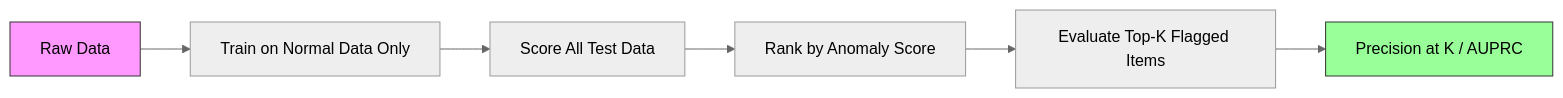
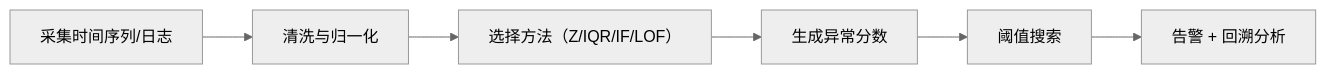
The diagram in phases/02-ml-fundamentals/16-anomaly-detection/docs/zh.md (omigaZen/ai-engineering-from-scratch), drawn with Mermaid (neutral theme) before and after one commit. The commit also changed other lines of this file, not shown here.

````diff
--- a/phases/02-ml-fundamentals/16-anomaly-detection/docs/zh.md
+++ b/phases/02-ml-fundamentals/16-anomaly-detection/docs/zh.md
@@ -224,11 +110,8 @@
 ```mermaid
 flowchart LR
-    A[Raw Data] --> B[Train on Normal Data Only]
-    B --> C[Score All Test Data]
-    C --> D[Rank by Anomaly Score]
-    D --> E[Evaluate Top-K Flagged Items]
-    E --> F[Precision at K / AUPRC]
-
-    style A fill:#f9f,stroke:#333
-    style F fill:#9f9,stroke:#333
+    A[采集时间序列/日志] --> B[清洗与归一化]
+    B --> C[选择方法（Z/IQR/IF/LOF）]
+    C --> D[生成异常分数]
+    D --> E[阈值搜索]
+    E --> F[告警 + 回溯分析]
 ```
````
